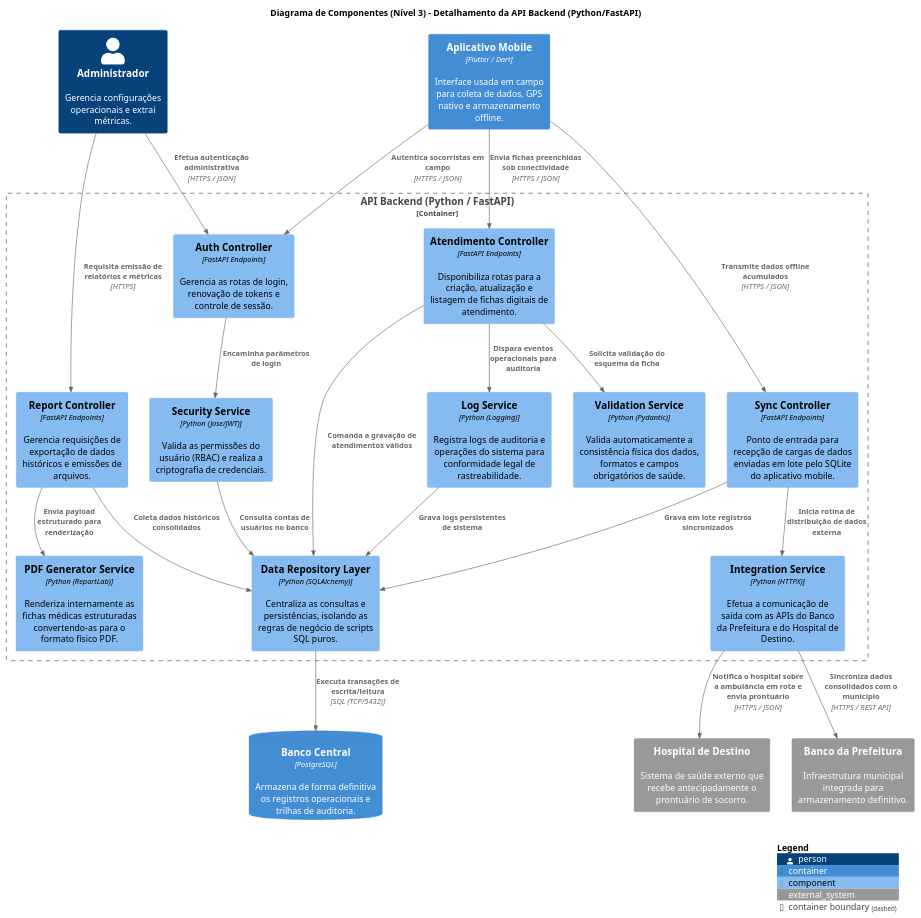
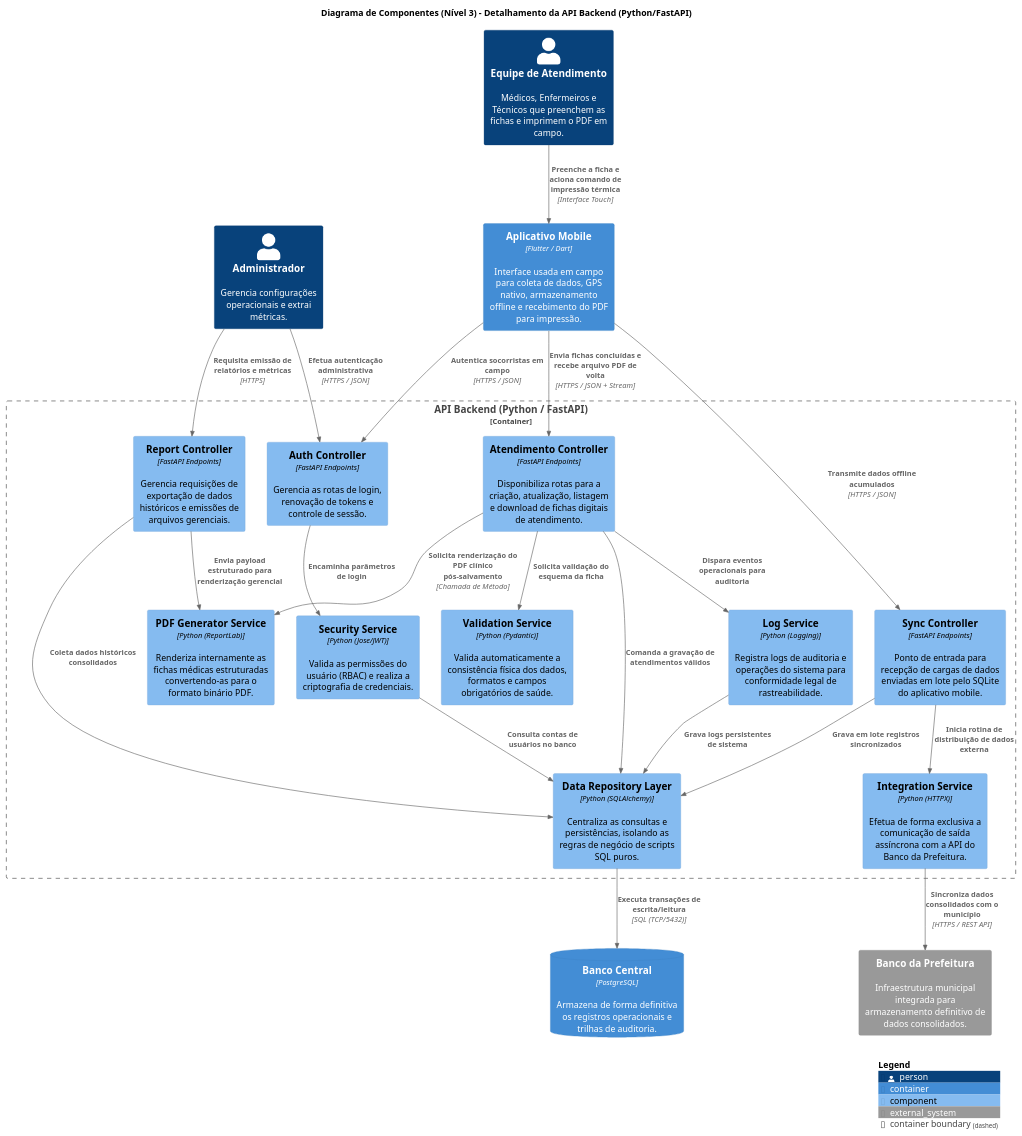
The diagram in ModeloC4/nivel4.puml (Madu3304/Software_brava), drawn with PlantUML before and after one commit. The commit also changed 3 other files, not shown here.

```diff
--- a/ModeloC4/nivel4.puml
+++ b/ModeloC4/nivel4.puml
@@ -1,79 +1,81 @@
-@startuml c4_nivel3_corrigido
+@startuml c4Nivel4
 
 !include https://raw.githubusercontent.com/RicardoNiepel/C4-PlantUML/master/C4_Component.puml
 
 title Diagrama de Componentes (Nível 3) - Detalhamento da API Backend (Python/FastAPI)
 
 ' ========================================================
 ' Elementos Externos ao Container (Atores e Outros Containers)
 ' ========================================================
 Person(admin, "Administrador", "Gerencia configurações operacionais e extrai métricas.")
-Container(app_mobile, "Aplicativo Mobile", "Flutter / Dart", "Interface usada em campo para coleta de dados, GPS nativo e armazenamento offline.")
+Person(equipe_samu, "Equipe de Atendimento", "Médicos, Enfermeiros e Técnicos que preenchem as fichas e imprimem o PDF em campo.")
+Container(app_mobile, "Aplicativo Mobile", "Flutter / Dart", "Interface usada em campo para coleta de dados, GPS nativo, armazenamento offline e recebimento do PDF para impressão.")
 
 ' Containers e Sistemas definidos nos Níveis 1 e 2
 ContainerDb(postgres, "Banco Central", "PostgreSQL", "Armazena de forma definitiva os registros operacionais e trilhas de auditoria.")
-System_Ext(prefeitura, "Banco da Prefeitura", "Infraestrutura municipal integrada para armazenamento definitivo.")
-System_Ext(hospital, "Hospital de Destino", "Sistema de saúde externo que recebe antecipadamente o prontuário de socorro.")
+System_Ext(prefeitura, "Banco da Prefeitura", "Infraestrutura municipal integrada para armazenamento definitivo de dados consolidados.")
 
 ' ========================================================
 ' Fronteira do Container em Destaque: API Backend
 ' ========================================================
 Container_Boundary(api, "API Backend (Python / FastAPI)") {
 
     ' Sub-módulo: Autenticação e Segurança
     Component(auth_controller, "Auth Controller", "FastAPI Endpoints", "Gerencia as rotas de login, renovação de tokens e controle de sessão.")
     Component(security_service, "Security Service", "Python (Jose/JWT)", "Valida as permissões do usuário (RBAC) e realiza a criptografia de credenciais.")
 
     ' Sub-módulo: Processamento de Atendimentos
-    Component(atendimento_controller, "Atendimento Controller", "FastAPI Endpoints", "Disponibiliza rotas para a criação, atualização e listagem de fichas digitais de atendimento.")
+    Component(atendimento_controller, "Atendimento Controller", "FastAPI Endpoints", "Disponibiliza rotas para a criação, atualização, listagem e download de fichas digitais de atendimento.")
     Component(validation_service, "Validation Service", "Python (Pydantic)", "Valida automaticamente a consistência física dos dados, formatos e campos obrigatórios de saúde.")
 
     ' Sub-módulo: Sincronização e Integrações Externas
     Component(sync_controller, "Sync Controller", "FastAPI Endpoints", "Ponto de entrada para recepção de cargas de dados enviadas em lote pelo SQLite do aplicativo mobile.")
-    Component(integration_service, "Integration Service", "Python (HTTPX)", "Efetua a comunicação de saída com as APIs do Banco da Prefeitura e do Hospital de Destino.")
+    Component(integration_service, "Integration Service", "Python (HTTPX)", "Efetua de forma exclusiva a comunicação de saída assíncrona com a API do Banco da Prefeitura.")
 
     ' Sub-módulo: Relatórios, PDF e Auditoria
-    Component(relatorio_controller, "Report Controller", "FastAPI Endpoints", "Gerencia requisições de exportação de dados históricos e emissões de arquivos.")
-    Component(pdf_generator, "PDF Generator Service", "Python (ReportLab)", "Renderiza internamente as fichas médicas estruturadas convertendo-as para o formato físico PDF.")
+    Component(relatorio_controller, "Report Controller", "FastAPI Endpoints", "Gerencia requisições de exportação de dados históricos e emissões de arquivos gerenciais.")
+    Component(pdf_generator, "PDF Generator Service", "Python (ReportLab)", "Renderiza internamente as fichas médicas estruturadas convertendo-as para o formato binário PDF.")
     Component(log_service, "Log Service", "Python (Logging)", "Registra logs de auditoria e operações do sistema para conformidade legal de rastreabilidade.")
 
     ' Camada Compartilhada de Dados
     Component(repository, "Data Repository Layer", "Python (SQLAlchemy)", "Centraliza as consultas e persistências, isolando as regras de negócio de scripts SQL puros.")
 }
 
 ' ========================================================
 ' Relacionamentos / Fluxos de Informação
 ' ========================================================
 
 ' Interações das Portas de Entrada (Atores e App Mobile)
 Rel(admin, auth_controller, "Efetua autenticação administrativa", "HTTPS / JSON")
 Rel(admin, relatorio_controller, "Requisita emissão de relatórios e métricas", "HTTPS")
 
+Rel(equipe_samu, app_mobile, "Preenche a ficha e aciona comando de impressão térmica", "Interface Touch")
 Rel(app_mobile, auth_controller, "Autentica socorristas em campo", "HTTPS / JSON")
-Rel(app_mobile, atendimento_controller, "Envia fichas preenchidas sob conectividade", "HTTPS / JSON")
+Rel(app_mobile, atendimento_controller, "Envia fichas concluídas e recebe arquivo PDF de volta", "HTTPS / JSON + Stream")
 Rel(app_mobile, sync_controller, "Transmite dados offline acumulados", "HTTPS / JSON")
 
 ' Comunicação Interna de Negócio e Segurança
 Rel(auth_controller, security_service, "Encaminha parâmetros de login")
 Rel(security_service, repository, "Consulta contas de usuários no banco")
 
 Rel(atendimento_controller, validation_service, "Solicita validação do esquema da ficha")
 Rel(atendimento_controller, repository, "Comanda a gravação de atendimentos válidos")
 Rel(atendimento_controller, log_service, "Dispara eventos operacionais para auditoria")
+Rel(atendimento_controller, pdf_generator, "Solicita renderização do PDF clínico pós-salvamento", "Chamada de Método")
 
-' Fluxos Internos de Sincronização e Disparo para Sistemas Externos
+' Fluxos Internos de Sincronização e Disparo para Sistemas Externos (Hospital removido completamente)
 Rel(sync_controller, repository, "Grava em lote registros sincronizados")
 Rel(sync_controller, integration_service, "Inicia rotina de distribuição de dados externa")
 Rel(integration_service, prefeitura, "Sincroniza dados consolidados com o município", "HTTPS / REST API")
-Rel(integration_service, hospital, "Notifica o hospital sobre a ambulância em rota e envia prontuário", "HTTPS / JSON")
 
 ' Fluxos Internos de Relatórios
 Rel(relatorio_controller, repository, "Coleta dados históricos consolidados")
-Rel(relatorio_controller, pdf_generator, "Envia payload estruturado para renderização")
+Rel(relatorio_controller, pdf_generator, "Envia payload estruturado para renderização gerencial")
 
-' Saída Unificada para o Container de Persistência (PostgreSQL está FORA da API)
+' Saída Unificada para o Container de Persistência (PostgreSQL)
 Rel(repository, postgres, "Executa transações de escrita/leitura", "SQL (TCP/5432)")
 Rel(log_service, repository, "Grava logs persistentes de sistema")
 
+' Configuração de Legenda Obrigatória do C4
 SHOW_LEGEND()
 @enduml
```
